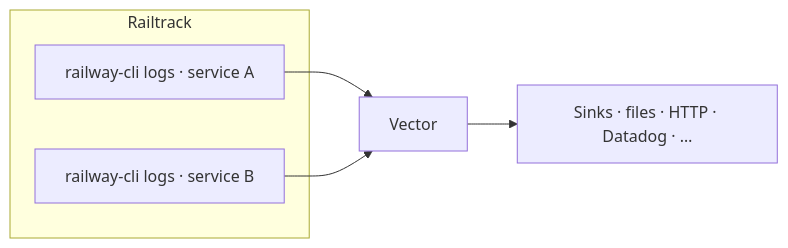
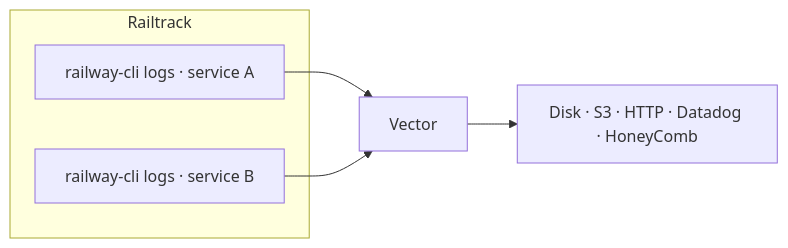
The diagram in README.md (darkfadr/railtrack), drawn with Mermaid before and after one commit. The commit also changed other lines of this file and 4 other files, not shown here.

````diff
--- a/README.md
+++ b/README.md
@@ -10,11 +10,11 @@
 ```mermaid
 flowchart LR
   subgraph railway["Railtrack"]
     L1["railway-cli logs · service A"]
     L2["railway-cli logs · service B"]
   end
   V[Vector]
   L1 --> V
   L2 --> V
-  V --> Sinks["Sinks · files · HTTP · Datadog · …"]
+  V --> Sinks["Disk · S3 · HTTP · Datadog · HoneyComb"]
 ```
````
